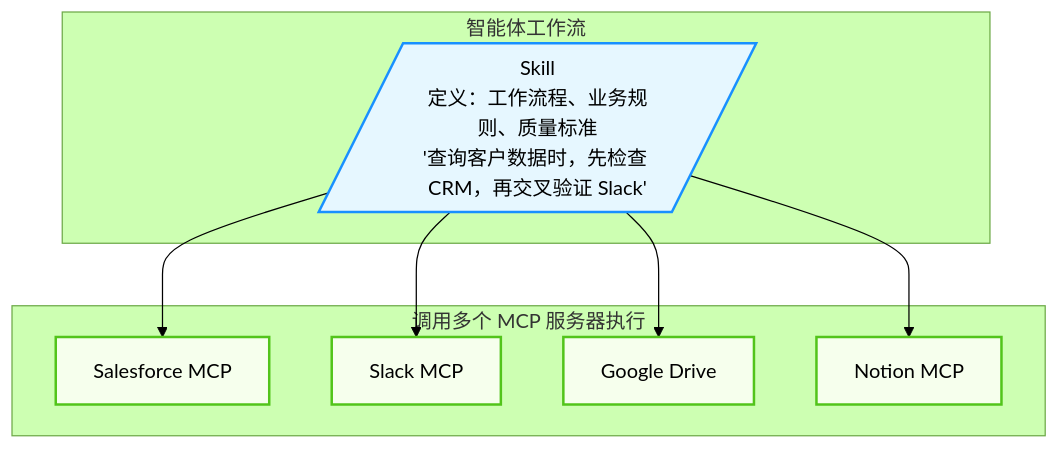
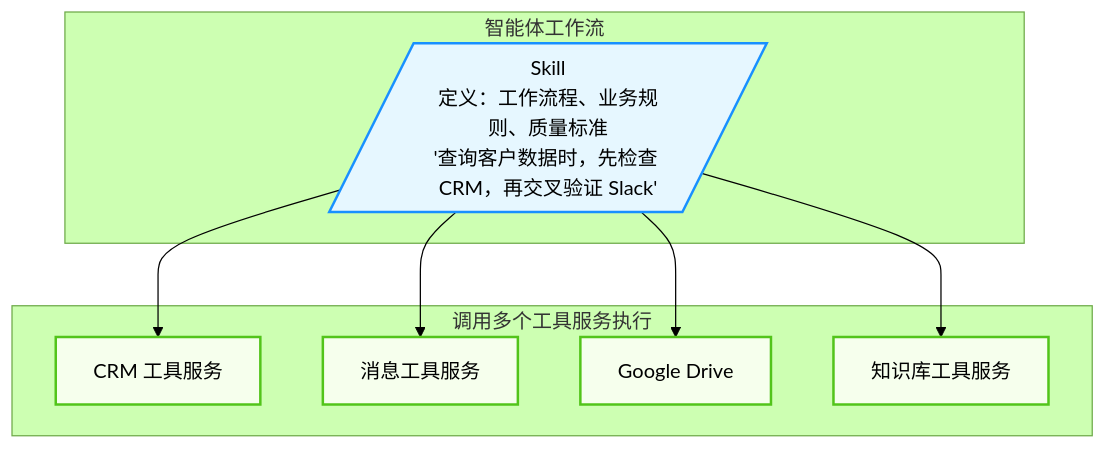
One commit to yeasy/agentic_ai_guide changed the third of 3 diagrams in 04_tools/4.4_skills.md. Above: the diagram before and after it, drawn with Mermaid (forest theme). The commit also changed other lines of this file and 88 other files, not shown here.

````diff
--- a/04_tools/4.4_skills.md
+++ b/04_tools/4.4_skills.md
@@ -162,25 +162,25 @@
 ```mermaid
 graph TD
     %% Agentic Design System
     classDef agent fill:#e6f7ff,stroke:#1890ff,stroke-width:2px;
     classDef tool fill:#f6ffed,stroke:#52c41a,stroke-width:2px;
 
     subgraph Workflow [智能体工作流]
         Skill[/"Skill<br>定义：工作流程、业务规则、质量标准<br>'查询客户数据时，先检查 CRM，再交叉验证 Slack'"/]
     end
     
-    subgraph Execution [调用多个 MCP 服务器执行]
-        S1[Salesforce MCP]
-        S2[Slack MCP]
+    subgraph Execution [调用多个工具服务执行]
+        S1[CRM 工具服务]
+        S2[消息工具服务]
         S3[Google Drive]
-        S4[Notion MCP]
+        S4[知识库工具服务]
     end
     
     Skill --> S1
     Skill --> S2
     Skill --> S3
     Skill --> S4
     
     class Skill agent;
     class S1,S2,S3,S4 tool;
 ```
````
